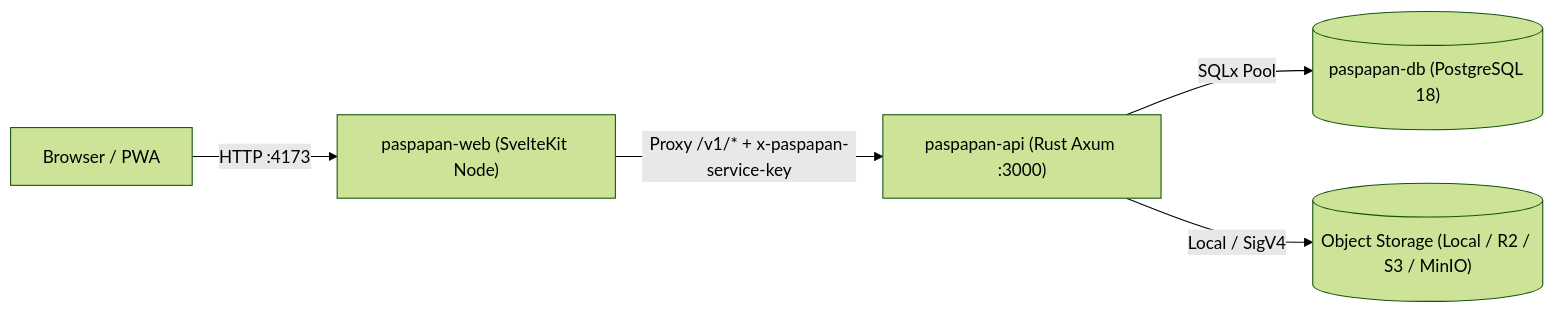
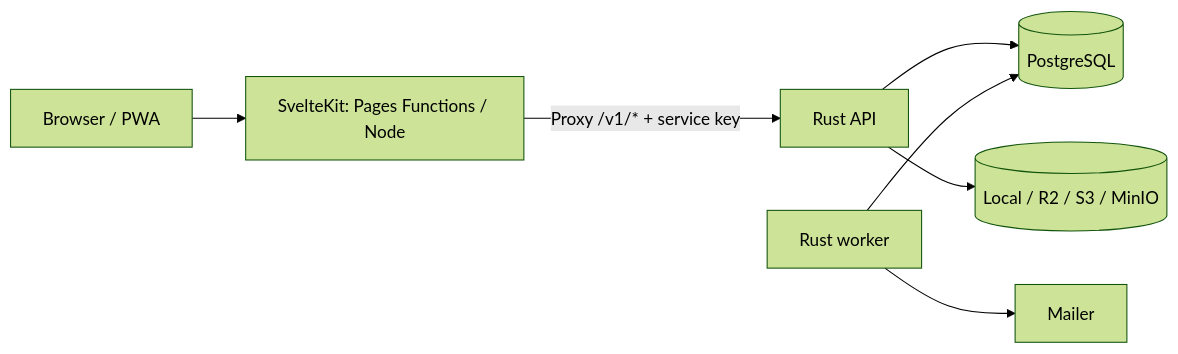
Before and after one commit to RiprLutuk/PasPapan: the diagram in guides/architecture.md, drawn with Mermaid (forest theme). The commit also changed other lines of this file and 5 other files, not shown here.

````diff
--- a/guides/architecture.md
+++ b/guides/architecture.md
@@ -5,7 +5,9 @@
 ```mermaid
 flowchart LR
-    Browser["Browser / PWA"] -->|"HTTP :4173"| Web["paspapan-web (SvelteKit Node)"]
-    Web -->|"Proxy /v1/* + x-paspapan-service-key"| Api["paspapan-api (Rust Axum :3000)"]
-    Api -->|"SQLx Pool"| Db[("paspapan-db (PostgreSQL 18)")]
-    Api -->|"Local / SigV4"| Storage[("Object Storage (Local / R2 / S3 / MinIO)")]
+    Browser["Browser / PWA"] --> Web["SvelteKit: Pages Functions / Node"]
+    Web -->|"Proxy /v1/* + service key"| Api["Rust API"]
+    Api --> Db[("PostgreSQL")]
+    Api --> Storage[("Local / R2 / S3 / MinIO")]
+    Worker["Rust worker"] --> Db
+    Worker --> Mail["Mailer"]
 ```
````
